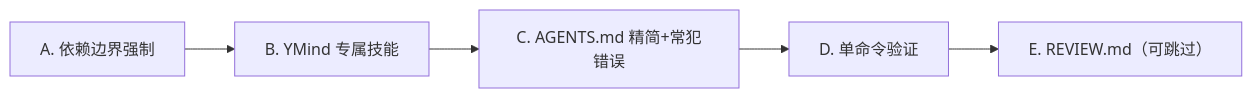
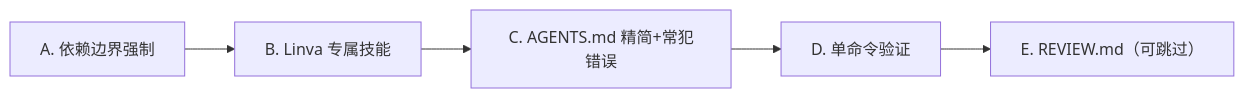
One commit to LieonShelly/Linva changed the diagram in docs/现状治理-AI原生SDLC.md. Above: the diagram before and after it, drawn with Mermaid. The commit also changed other lines of this file and 327 other files, not shown here.

First line of the commit message:
chore: rebrand YMind → Linva throughout project

````diff
--- a/docs/现状治理-AI原生SDLC.md
+++ b/docs/现状治理-AI原生SDLC.md
@@ -166,7 +166,7 @@
 ```mermaid
 flowchart LR
-  A["A. 依赖边界强制"] --> B["B. YMind 专属技能"]
+  A["A. 依赖边界强制"] --> B["B. Linva 专属技能"]
   B --> C["C. AGENTS.md 精简+常犯错误"]
   C --> D["D. 单命令验证"]
   D --> E["E. REVIEW.md（可跳过）"]
 ```
````
